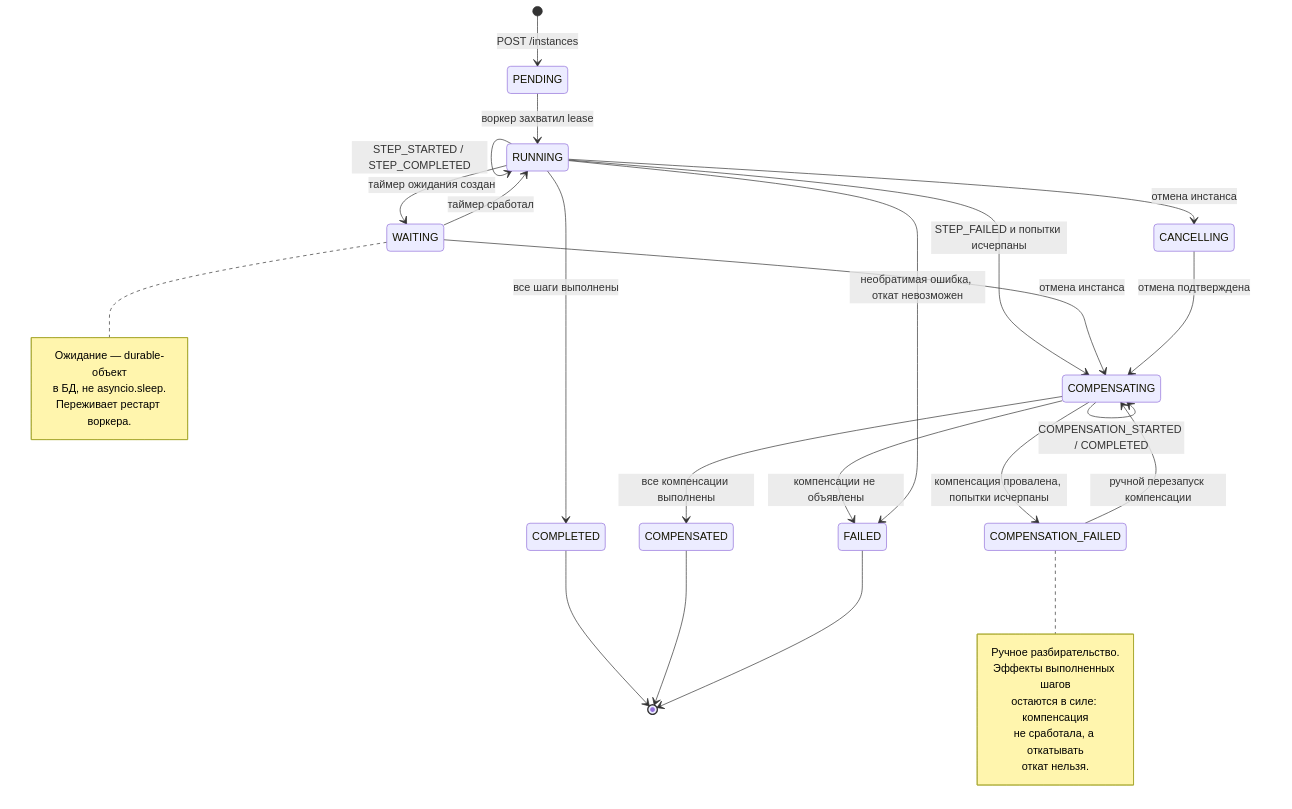
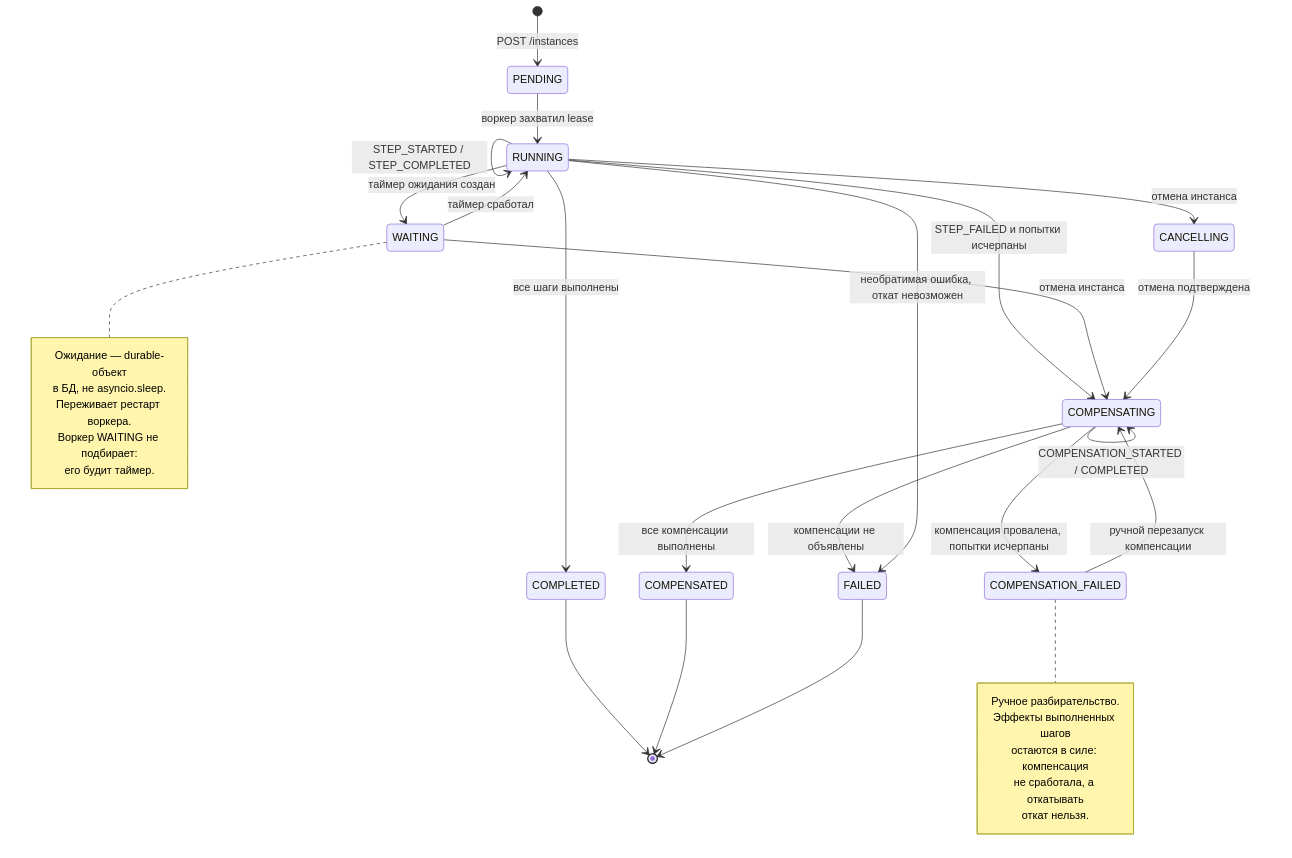
The diagram in docs/diagrams/instance-states.mmd (tolstosheev/workflow-engine), drawn with Mermaid before and after one commit. The commit also changed 5 other files, not shown here.

```diff
--- a/docs/diagrams/instance-states.mmd
+++ b/docs/diagrams/instance-states.mmd
@@ -1,39 +1,41 @@
 stateDiagram-v2
     [*] --> PENDING: POST /instances
 
     PENDING --> RUNNING: воркер захватил lease
     RUNNING --> RUNNING: STEP_STARTED / STEP_COMPLETED
     RUNNING --> WAITING: таймер ожидания создан
     WAITING --> RUNNING: таймер сработал
 
     RUNNING --> COMPENSATING: STEP_FAILED и попытки исчерпаны
     WAITING --> COMPENSATING: отмена инстанса
     RUNNING --> CANCELLING: отмена инстанса
     CANCELLING --> COMPENSATING: отмена подтверждена
 
     COMPENSATING --> COMPENSATING: COMPENSATION_STARTED / COMPLETED
     COMPENSATING --> COMPENSATION_FAILED: компенсация провалена, попытки исчерпаны
     COMPENSATION_FAILED --> COMPENSATING: ручной перезапуск компенсации
 
     COMPENSATING --> COMPENSATED: все компенсации выполнены
     COMPENSATING --> FAILED: компенсации не объявлены
     RUNNING --> FAILED: необратимая ошибка, откат невозможен
     RUNNING --> COMPLETED: все шаги выполнены
 
     COMPLETED --> [*]
     COMPENSATED --> [*]
     FAILED --> [*]
 
     note right of COMPENSATION_FAILED
         Ручное разбирательство.
         Эффекты выполненных шагов
         остаются в силе: компенсация
         не сработала, а откатывать
         откат нельзя.
     end note
 
     note right of WAITING
         Ожидание — durable-объект
         в БД, не asyncio.sleep.
         Переживает рестарт воркера.
+        Воркер WAITING не подбирает:
+        его будит таймер.
     end note
```
